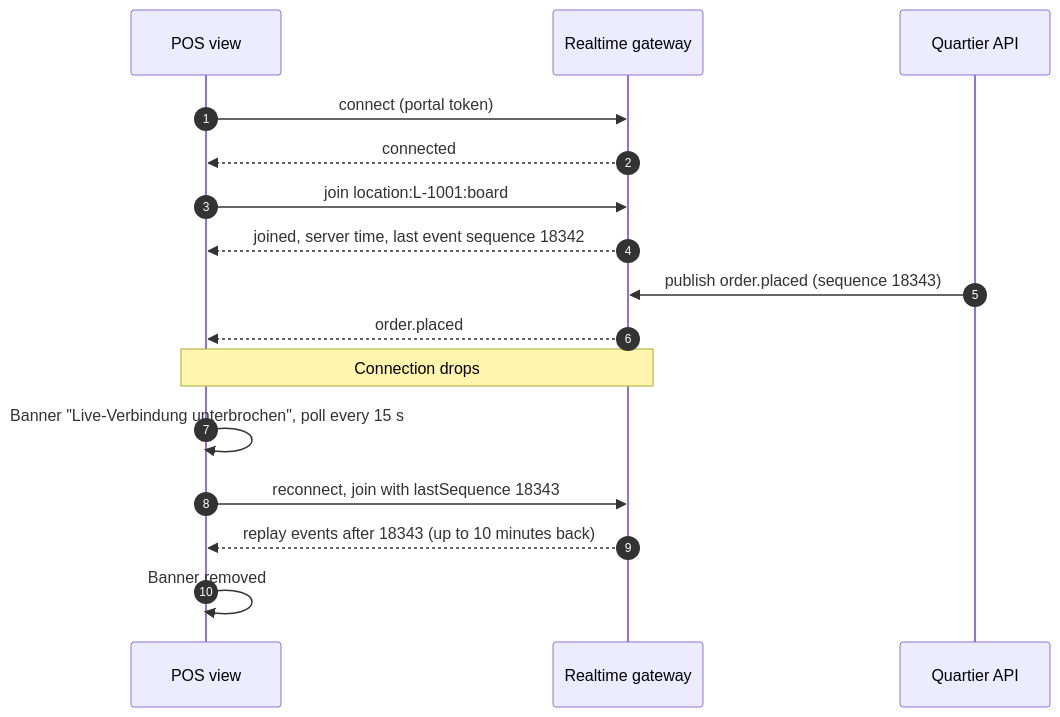
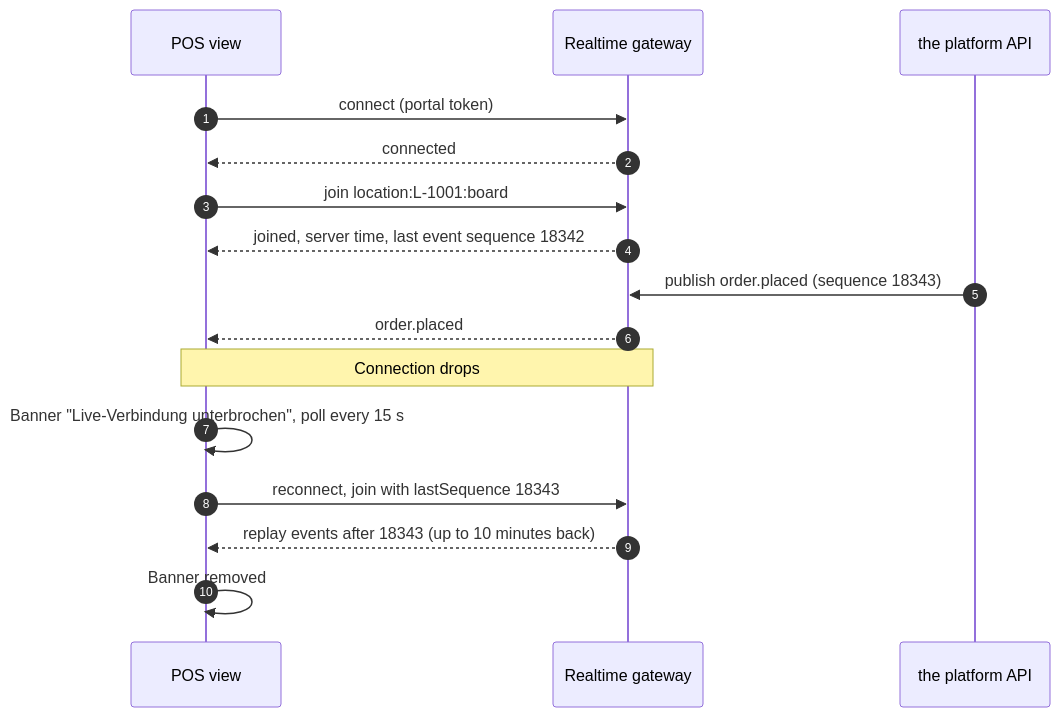
One commit to ayushsingh0456/local-commerce-booking-platform changed the diagram in 04-api/realtime-events.md. Above: the diagram before and after it, drawn with Mermaid. The commit also changed other lines of this file and 46 other files, not shown here.

````diff
--- a/04-api/realtime-events.md
+++ b/04-api/realtime-events.md
@@ -25,18 +25,18 @@
 ```mermaid
 sequenceDiagram
   autonumber
   participant POS as POS view
   participant WS as Realtime gateway
-  participant API as Quartier API
+  participant API as the platform API
   POS->>WS: connect (portal token)
   WS-->>POS: connected
   POS->>WS: join location:L-1001:board
   WS-->>POS: joined, server time, last event sequence 18342
   API->>WS: publish order.placed (sequence 18343)
   WS-->>POS: order.placed
   Note over POS,WS: Connection drops
   POS->>POS: Banner "Live-Verbindung unterbrochen", poll every 15 s
   POS->>WS: reconnect, join with lastSequence 18343
   WS-->>POS: replay events after 18343 (up to 10 minutes back)
   POS->>POS: Banner removed
 ```
````
